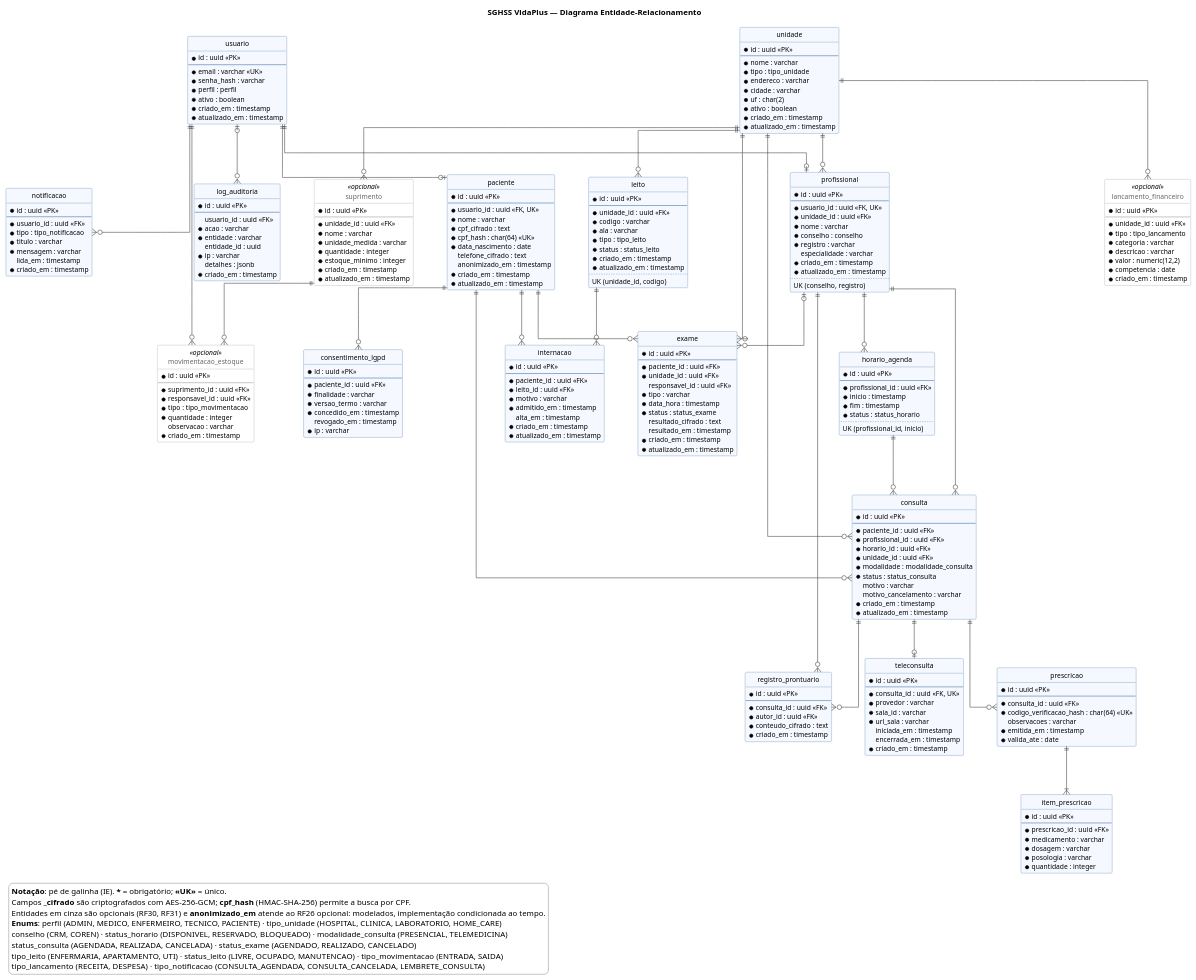
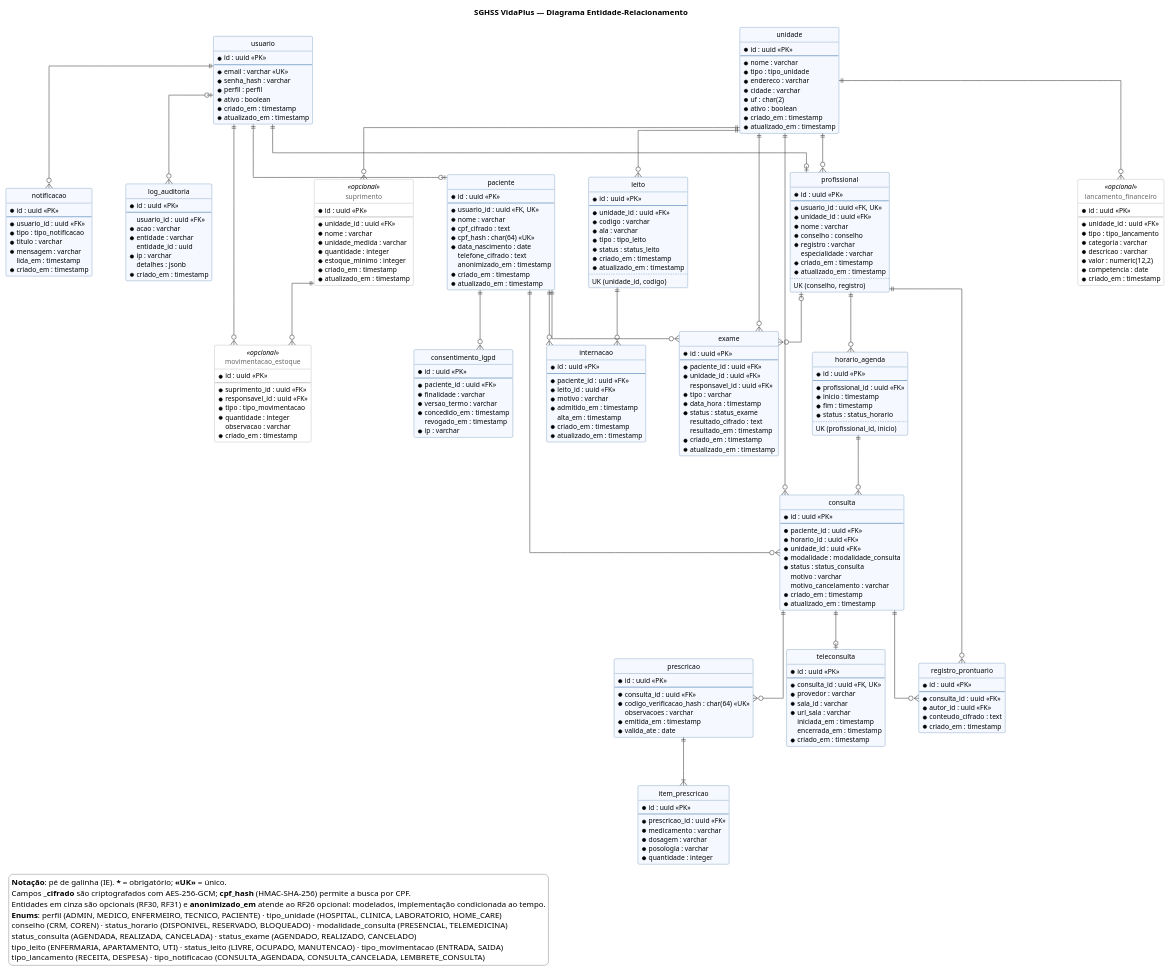
The diagram in docs/diagramas/der.puml (JlucasFaria/sghss-api), drawn with PlantUML before and after one commit. The commit also changed 4 other files, not shown here.

Commit message:
docs: remove profissional redundante da consulta

```diff
--- a/docs/diagramas/der.puml
+++ b/docs/diagramas/der.puml
@@ -94,7 +94,6 @@
   * id : uuid <<PK>>
   --
   * paciente_id : uuid <<FK>>
-  * profissional_id : uuid <<FK>>
   * horario_id : uuid <<FK>>
   * unidade_id : uuid <<FK>>
   * modalidade : modalidade_consulta
@@ -274,7 +273,6 @@
 unidade ||--o{ lancamento
 
 profissional ||--o{ horario
-profissional ||--o{ consulta
 profissional ||--o{ registro
 profissional |o--o{ exame
 
```
